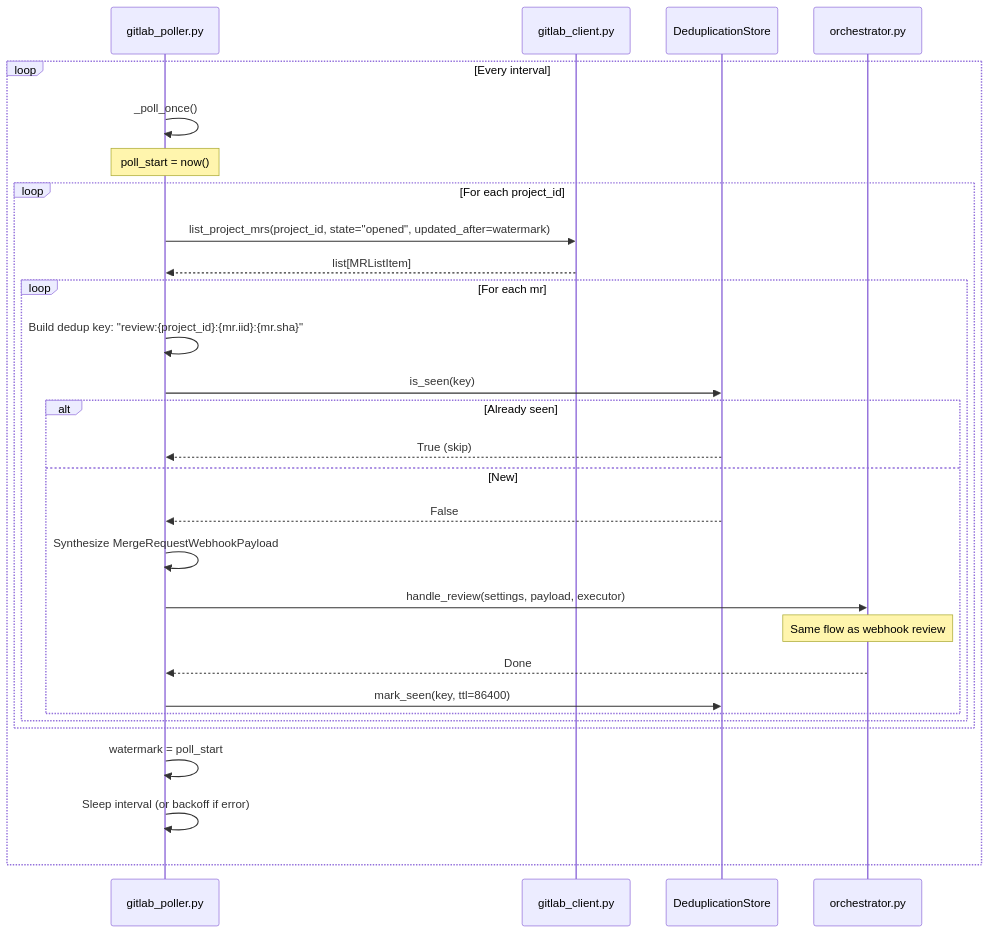
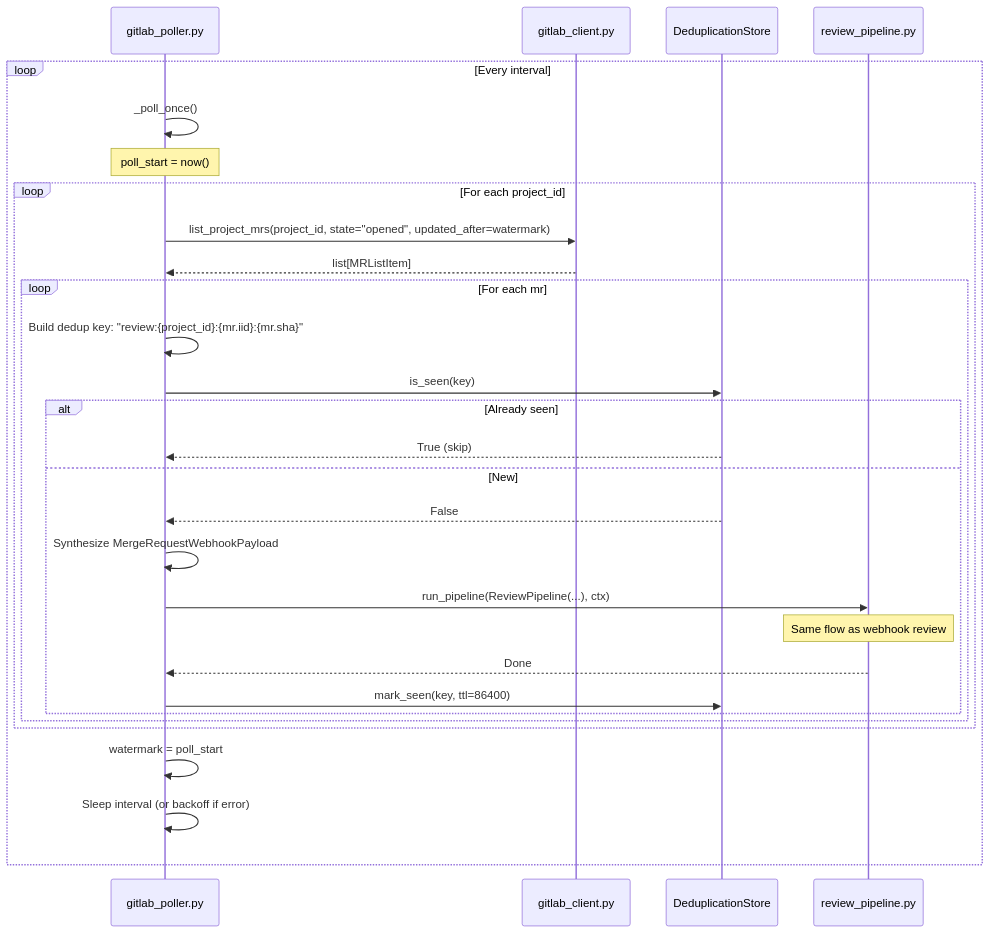
Before and after one commit to peteroden/gitlab-copilot-agent: the fourth of 5 diagrams in docs/wiki/request-flows.md, drawn with Mermaid. The commit also changed other lines of this file and 30 other files, not shown here.

````diff
--- a/docs/wiki/request-flows.md
+++ b/docs/wiki/request-flows.md
@@ -259,35 +259,35 @@
 ```mermaid
 sequenceDiagram
     participant POLL as gitlab_poller.py
     participant GLCL as gitlab_client.py
     participant DEDUP as DeduplicationStore
-    participant ORCH as orchestrator.py
+    participant RPIPE as review_pipeline.py
     
     loop Every interval
         POLL->>POLL: _poll_once()
         Note over POLL: poll_start = now()
         
         loop For each project_id
             POLL->>GLCL: list_project_mrs(project_id, state="opened", updated_after=watermark)
             GLCL-->>POLL: list[MRListItem]
             
             loop For each mr
                 POLL->>POLL: Build dedup key: "review:{project_id}:{mr.iid}:{mr.sha}"
                 POLL->>DEDUP: is_seen(key)
                 alt Already seen
                     DEDUP-->>POLL: True (skip)
                 else New
                     DEDUP-->>POLL: False
                     POLL->>POLL: Synthesize MergeRequestWebhookPayload
-                    POLL->>ORCH: handle_review(settings, payload, executor)
-                    Note over ORCH: Same flow as webhook review
-                    ORCH-->>POLL: Done
+                    POLL->>RPIPE: run_pipeline(ReviewPipeline(...), ctx)
+                    Note over RPIPE: Same flow as webhook review
+                    RPIPE-->>POLL: Done
                     POLL->>DEDUP: mark_seen(key, ttl=86400)
                 end
             end
         end
         
         POLL->>POLL: watermark = poll_start
         POLL->>POLL: Sleep interval (or backoff if error)
     end
 ```
````
